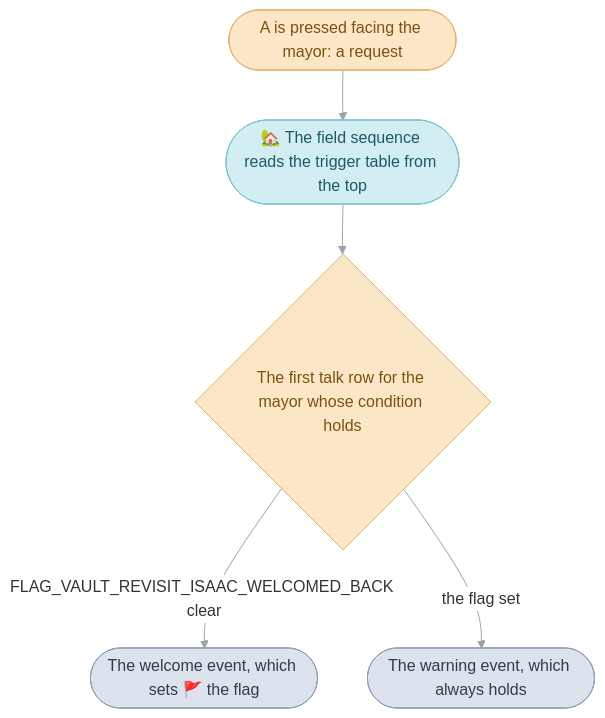
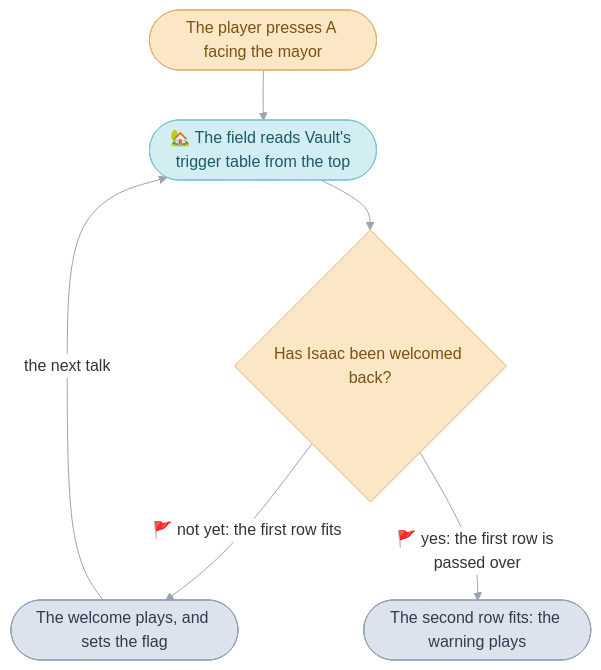
The second of 2 diagrams in games/tbs/src/scene/README.md (PascalPixel/alchemy), drawn with Mermaid before and after one commit. The commit also changed other lines of this file and 20 other files, not shown here.

````diff
--- a/games/tbs/src/scene/README.md
+++ b/games/tbs/src/scene/README.md
@@ -414,14 +430,15 @@
 ```mermaid
 %%{init: {"theme": "base", "themeVariables": {"lineColor": "#9AA3AE", "edgeLabelBackground": "#FFFFFF"}, "flowchart": {"curve": "basis", "padding": 12}}}%%
 flowchart TD
-  press(["A is pressed facing the mayor: a request"]) --> find(["🏡 The field sequence reads the trigger table from the top"])
-  find --> first{"The first talk row for the mayor whose condition holds"}
-  first -- "FLAG_VAULT_REVISIT_ISAAC_WELCOMED_BACK clear" --> welcome(["The welcome event, which sets 🚩 the flag"])
-  first -- "the flag set" --> warn(["The warning event, which always holds"])
+  press(["The player presses A facing the mayor"]) --> find(["🏡 The field reads Vault's trigger table from the top"])
+  find --> first{"Has Isaac been welcomed back?"}
+  first -- "🚩 not yet: the first row fits" --> welcome(["The welcome plays, and sets the flag"])
+  first -- "🚩 yes: the first row is passed over" --> warn(["The second row fits: the warning plays"])
+  welcome -- "the next talk" --> find
   classDef request fill:#FBE7C6,stroke:#E0B46A,color:#7A5212
   classDef sequence fill:#D2EEF3,stroke:#7FC3D0,color:#1E5966
   classDef overlay fill:#DDE3EC,stroke:#8FA0B8,color:#2E3C50
   class press,first request
   class find sequence
   class welcome,warn overlay
 ```
````
